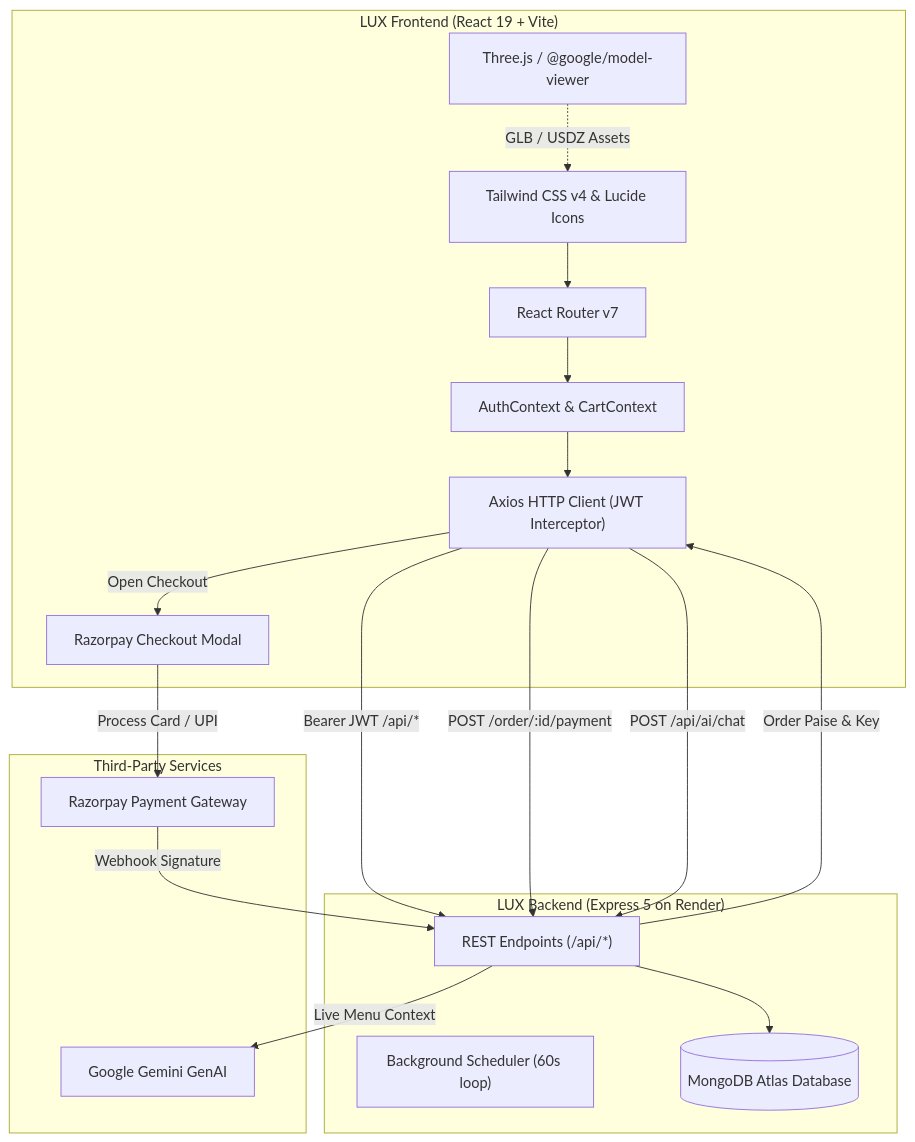
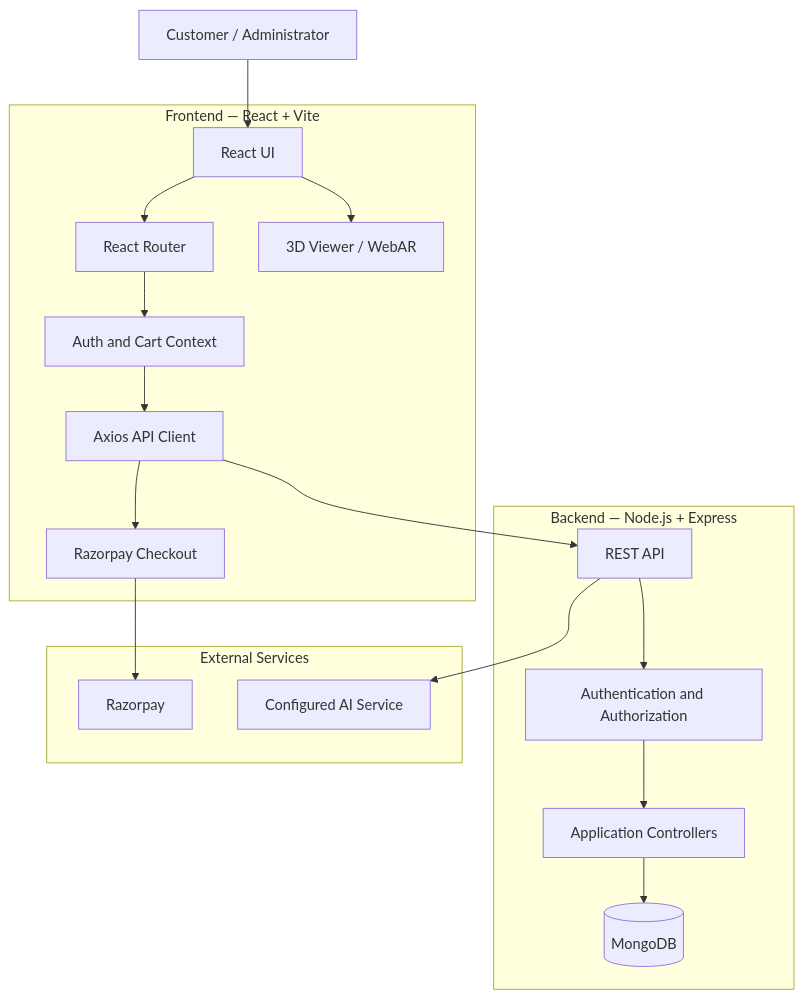
One commit to Sourav142005/LUX-Restaurant-Frontend changed the diagram in README.md. Above: the diagram before and after it, drawn with Mermaid. The commit also changed other lines of this file, not shown here.

Commit message:
docs: update frontend README

````diff
--- a/README.md
+++ b/README.md
@@ -56,36 +114,37 @@
 ```mermaid
 flowchart TD
-    subgraph Client["LUX Frontend (React 19 + Vite)"]
-        UI["Tailwind CSS v4 & Lucide Icons"]
-        Router["React Router v7"]
-        Context["AuthContext & CartContext"]
-        AxiosClient["Axios HTTP Client (JWT Interceptor)"]
-        ThreeCanvas["Three.js / @google/model-viewer"]
-        RazorpayModal["Razorpay Checkout Modal"]
+    Customer["Customer / Administrator"]
+    subgraph Frontend["Frontend — React + Vite"]
+        UI["React UI"]
+        Router["React Router"]
+        State["Auth and Cart Context"]
+        APIClient["Axios API Client"]
+        Viewer["3D Viewer / WebAR"]
+        Checkout["Razorpay Checkout"]
     end
 
-    subgraph Backend["LUX Backend (Express 5 on Render)"]
-        API["REST Endpoints (/api/*)"]
-        Scheduler["Background Scheduler (60s loop)"]
-        Mongo[("MongoDB Atlas Database")]
+    subgraph Backend["Backend — Node.js + Express"]
+        API["REST API"]
+        Auth["Authentication and Authorization"]
+        Controllers["Application Controllers"]
+        Database[("MongoDB")]
     end
 
-    subgraph External["Third-Party Services"]
-        RazorpayGateway["Razorpay Payment Gateway"]
-        GeminiAPI["Google Gemini GenAI"]
+    subgraph Services["External Services"]
+        Razorpay["Razorpay"]
+        AI["Configured AI Service"]
     end
 
+    Customer --> UI
     UI --> Router
-    Router --> Context
-    Context --> AxiosClient
-    AxiosClient -->|"Bearer JWT /api/*"| API
-    API --> Mongo
-    AxiosClient -->|"POST /order/:id/payment"| API
-    API -->|"Order Paise & Key"| AxiosClient
-    AxiosClient -->|"Open Checkout"| RazorpayModal
-    RazorpayModal -->|"Process Card / UPI"| RazorpayGateway
-    RazorpayGateway -->|"Webhook Signature"| API
-    ThreeCanvas -.->|"GLB / USDZ Assets"| UI
-    AxiosClient -->|"POST /api/ai/chat"| API
-    API -->|"Live Menu Context"| GeminiAPI
+    Router --> State
+    State --> APIClient
+    APIClient --> API
+    API --> Auth
+    Auth --> Controllers
+    Controllers --> Database
+    APIClient --> Checkout
+    Checkout --> Razorpay
+    API --> AI
+    UI --> Viewer
 ```
````
